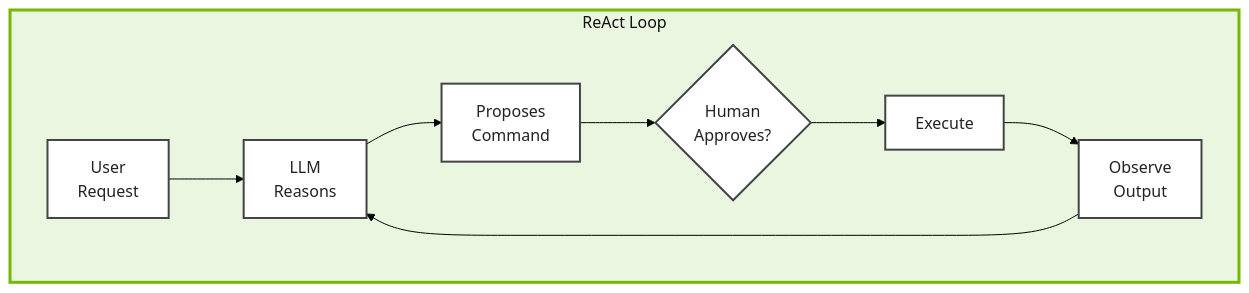
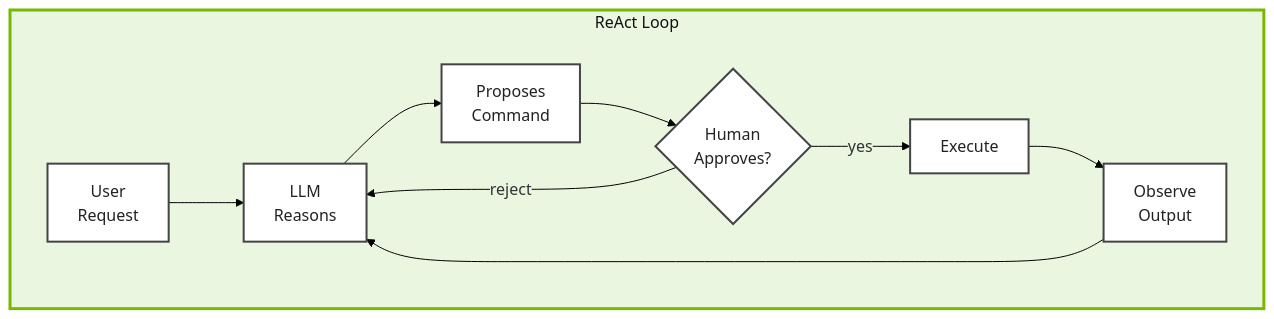
One commit to brevdev/workshop-build-an-agent changed the diagram in .devx/4-agent-customization/img/react_loop.mmd. Above: the diagram before and after it, drawn with Mermaid. The commit also changed 327 other files, not shown here.

```diff
--- a/.devx/4-agent-customization/img/react_loop.mmd
+++ b/.devx/4-agent-customization/img/react_loop.mmd
@@ -1,20 +1,21 @@
 ---
 config:
   theme: 'base'
   themeVariables:
     primaryColor: '#eaf6e0'
     secondaryColor: '#eaf6e0'
     background: white
 ---
 
 flowchart LR
 
     subgraph agent[ReAct Loop]
         direction LR
-        request[User<br />Request] --> reason[LLM<br />Reasons] --> propose[Proposes<br />Command] --> approve{Human<br />Approves?} --> execute[Execute]
+        request[User<br />Request] --> reason[LLM<br />Reasons] --> propose[Proposes<br />Command] --> approve{Human<br />Approves?} -->|yes| execute[Execute]
+        approve -->|reject| reason
         execute --> observe[Observe<br />Output]
         observe --> reason
     end
 
     classDef node fill:#fff,stroke:#444,stroke-width:2px,color:#222;
     classDef cluster fill:#eaf6e0,stroke:#76b900,stroke-width:3px,color:#111,rounded corners,shadow;
```
